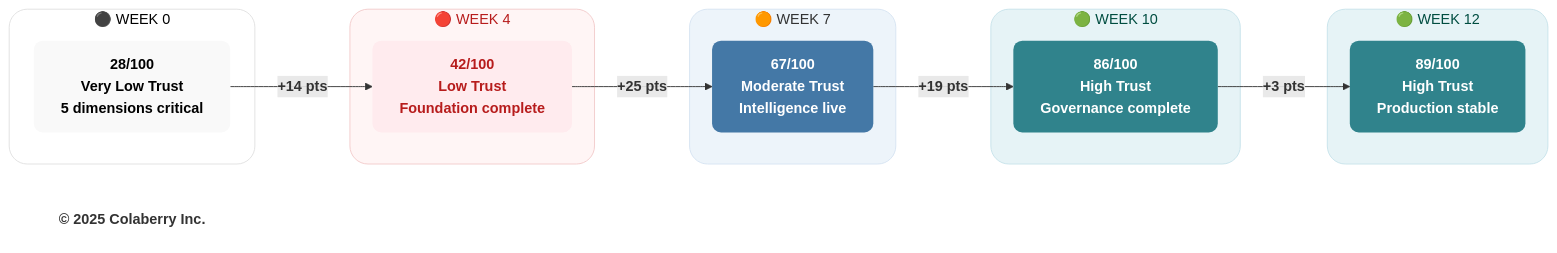
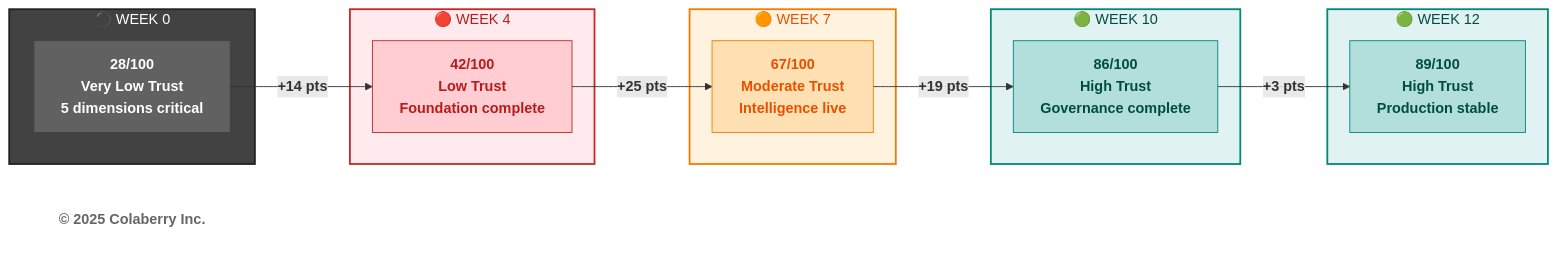
One commit to saitejesh-cyber/trust-before-intelligence-book changed the fifth of 6 diagrams in manuscript/10_chapter_9_measuring_agent_readiness.md. Above: the diagram before and after it, drawn with Mermaid. The commit also changed other lines of this file and 12 other files, not shown here.

Commit message:
Restore legacy Mermaid styles for Option 1

````diff
--- a/manuscript/10_chapter_9_measuring_agent_readiness.md
+++ b/manuscript/10_chapter_9_measuring_agent_readiness.md
@@ -462,38 +462,38 @@
 ```mermaid
 graph LR
     subgraph WEEK0["⚫ WEEK 0"]
         W0["<b>28/100</b><br/><b>Very Low Trust</b><br/><b>5 dimensions critical</b>"]
     end
     
     subgraph WEEK4["🔴 WEEK 4"]
         W4["<b>42/100</b><br/><b>Low Trust</b><br/><b>Foundation complete</b>"]
     end
     
     subgraph WEEK7["🟠 WEEK 7"]
         W7["<b>67/100</b><br/><b>Moderate Trust</b><br/><b>Intelligence live</b>"]
     end
     
     subgraph WEEK10["🟢 WEEK 10"]
         W10["<b>86/100</b><br/><b>High Trust</b><br/><b>Governance complete</b>"]
     end
     
     subgraph WEEK12["🟢 WEEK 12"]
         W12["<b>89/100</b><br/><b>High Trust</b><br/><b>Production stable</b>"]
     end
     
     W0 -->|<b>+14 pts</b>| W4 -->|<b>+25 pts</b>| W7 -->|<b>+19 pts</b>| W10 -->|<b>+3 pts</b>| W12
     
     Copyright["<b>© 2025 Colaberry Inc.</b>"]
     
-    style WEEK0 fill:#ffffff,stroke:#e0e0e0,stroke-width:1px,color:#000000,rx:20,ry:20
-    style WEEK4 fill:#fff5f5,stroke:#f2caca,stroke-width:1px,color:#b71c1c,rx:20,ry:20
-    style WEEK7 fill:#edf4fa,stroke:#d6e4f2,stroke-width:1px,color:#333333,rx:20,ry:20
-    style WEEK10 fill:#e6f3f6,stroke:#c7e3ea,stroke-width:1px,color:#004d40,rx:20,ry:20
-    style WEEK12 fill:#e6f3f6,stroke:#c7e3ea,stroke-width:1px,color:#004d40,rx:20,ry:20
-    style W0 fill:#f9f9f9,stroke:none,color:#000000,rx:10,ry:10
-    style W4 fill:#ffebee,stroke:none,color:#b71c1c,rx:10,ry:10
-    style W7 fill:#4478A6,stroke:none,color:#ffffff,rx:10,ry:10
-    style W10 fill:#30838C,stroke:none,color:#ffffff,rx:10,ry:10
-    style W12 fill:#30838C,stroke:none,color:#ffffff,rx:10,ry:10
-    style Copyright fill:none,stroke:none,color:#333333
+    style WEEK0 fill:#424242,stroke:#212121,stroke-width:2px,color:#ffffff
+    style WEEK4 fill:#ffebee,stroke:#c62828,stroke-width:2px,color:#b71c1c
+    style WEEK7 fill:#fff3e0,stroke:#f57c00,stroke-width:2px,color:#e65100
+    style WEEK10 fill:#e0f2f1,stroke:#00897b,stroke-width:2px,color:#004d40
+    style WEEK12 fill:#e0f2f1,stroke:#00897b,stroke-width:2px,color:#004d40
+    style W0 fill:#616161,stroke:#424242,color:#ffffff
+    style W4 fill:#ffcdd2,stroke:#c62828,color:#b71c1c
+    style W7 fill:#ffe0b2,stroke:#f57c00,color:#e65100
+    style W10 fill:#b2dfdb,stroke:#00897b,color:#004d40
+    style W12 fill:#b2dfdb,stroke:#00897b,color:#004d40
+    style Copyright fill:#ffffff,stroke:none,color:#666666
 ```
````
